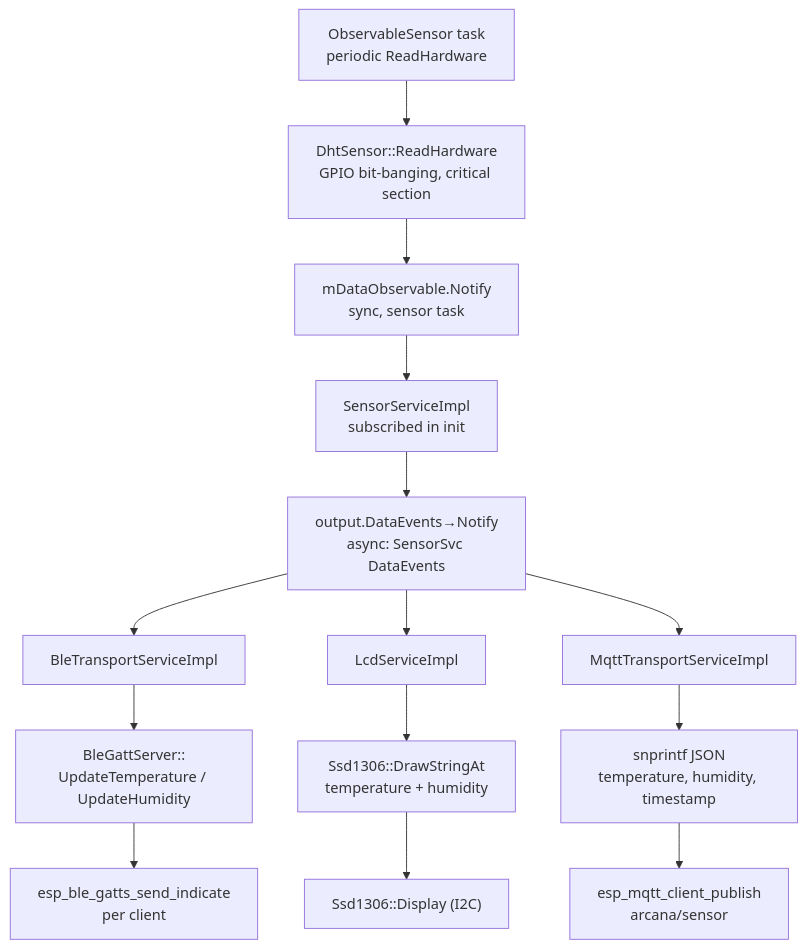
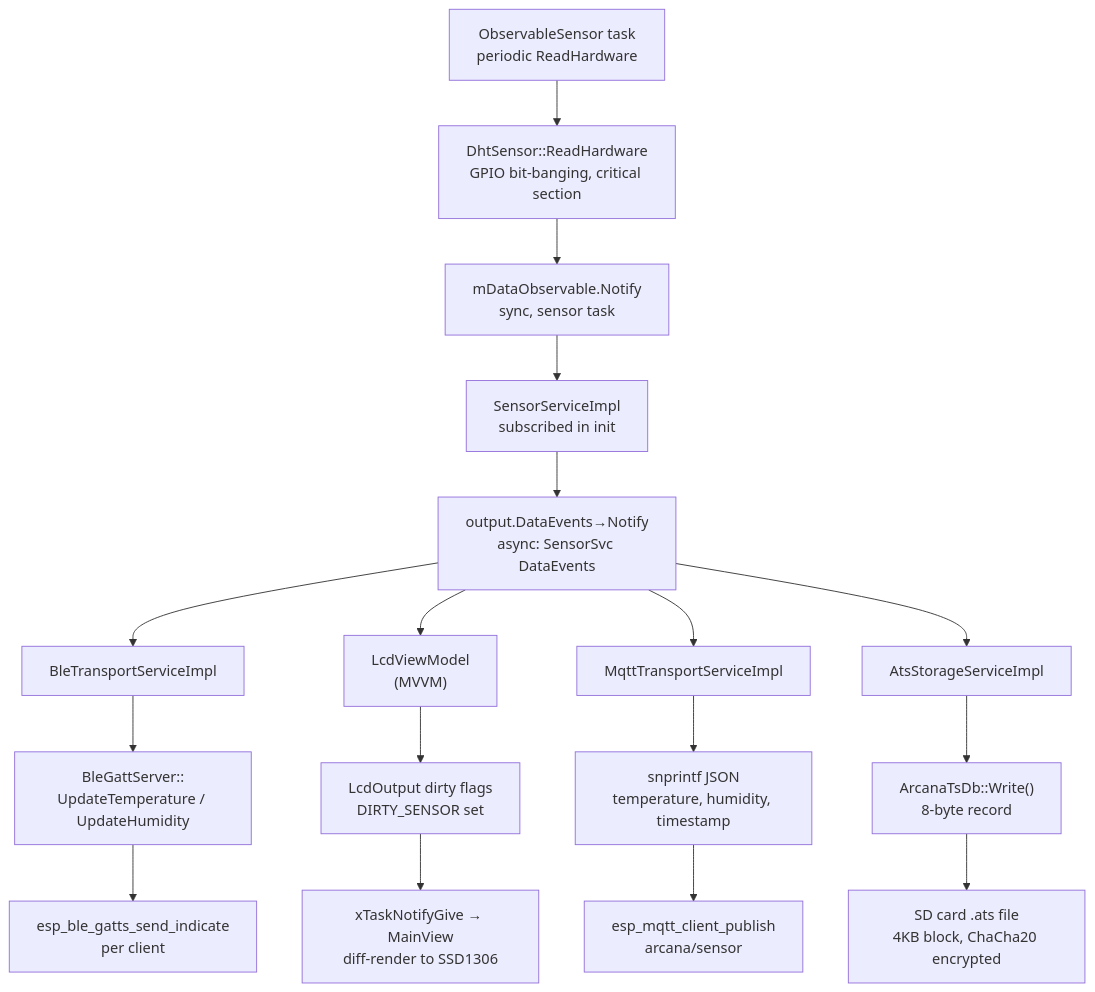
The fifth of 14 diagrams in README.md (jrjohn/arcana-embedded-esp32), drawn with Mermaid before and after one commit. The commit also changed other lines of this file and 1 other file, not shown here.

First line of the commit message:
docs: update README for 5-phase AppContainer + MVVM + Storage expansion

````diff
--- a/README.md
+++ b/README.md
@@ -408,16 +475,19 @@
 ```mermaid
 flowchart TD
     A["ObservableSensor task<br/>periodic ReadHardware"] --> B["DhtSensor::ReadHardware<br/>GPIO bit-banging, critical section"]
     B --> C["mDataObservable.Notify<br/>sync, sensor task"]
     C --> D["SensorServiceImpl<br/>subscribed in init"]
     D --> E["output.DataEvents→Notify<br/>async: SensorSvc DataEvents"]
     E --> F["BleTransportServiceImpl"]
-    E --> G["LcdServiceImpl"]
+    E --> G["LcdViewModel<br/>(MVVM)"]
     E --> H["MqttTransportServiceImpl"]
+    E --> I["AtsStorageServiceImpl"]
     F --> F1["BleGattServer::<br/>UpdateTemperature / UpdateHumidity"]
     F1 --> F2["esp_ble_gatts_send_indicate<br/>per client"]
-    G --> G1["Ssd1306::DrawStringAt<br/>temperature + humidity"]
-    G1 --> G2["Ssd1306::Display (I2C)"]
+    G --> G1["LcdOutput dirty flags<br/>DIRTY_SENSOR set"]
+    G1 --> G2["xTaskNotifyGive → MainView<br/>diff-render to SSD1306"]
     H --> H1["snprintf JSON<br/>temperature, humidity, timestamp"]
     H1 --> H2["esp_mqtt_client_publish<br/>arcana/sensor"]
+    I --> I1["ArcanaTsDb::Write()<br/>8-byte record"]
+    I1 --> I2["SD card .ats file<br/>4KB block, ChaCha20 encrypted"]
 ```
````
